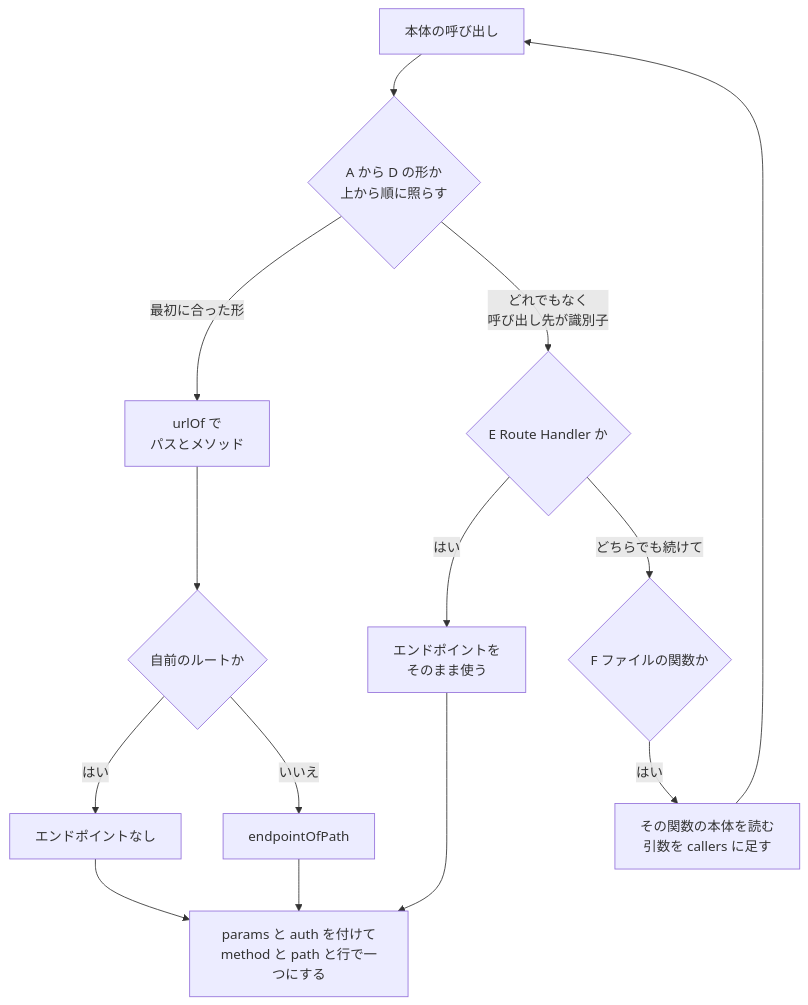
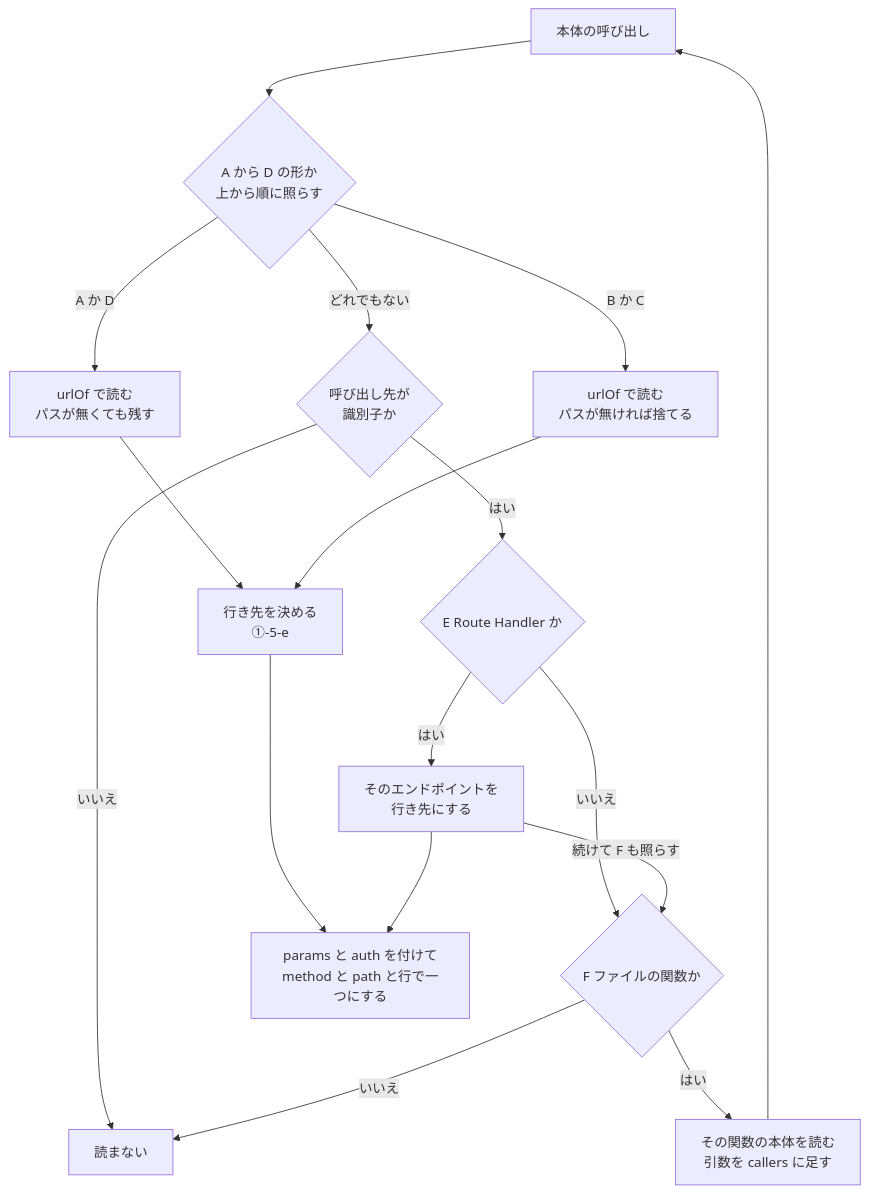
One commit to maronnjapan/maronn-openid-connect changed diagram 13 of 29 in apps/tests/docs/01-read.md. Above: the diagram before and after it, drawn with Mermaid. The commit also changed other lines of this file and 11 other files, not shown here.

````diff
--- a/apps/tests/docs/01-read.md
+++ b/apps/tests/docs/01-read.md
@@ -1049,16 +1225,19 @@
 ```mermaid
 flowchart TB
   C["本体の呼び出し"] --> K{"A から D の形か<br/>上から順に照らす"}
-  K -->|"最初に合った形"| U["urlOf で<br/>パスとメソッド"]
-  K -->|"どれでもなく<br/>呼び出し先が識別子"| E{"E Route Handler か"}
-  E -->|"はい"| RH["エンドポイントを<br/>そのまま使う"]
-  E -->|"どちらでも続けて"| F{"F ファイルの関数か"}
+  K -->|"A か D"| S["urlOf で読む<br/>パスが無くても残す"]
+  K -->|"B か C"| U["urlOf で読む<br/>パスが無ければ捨てる"]
+  K -->|"どれでもない"| ID{"呼び出し先が<br/>識別子か"}
+  ID -->|"いいえ"| X["読まない"]
+  ID -->|"はい"| E{"E Route Handler か"}
+  E -->|"はい"| RH["そのエンドポイントを<br/>行き先にする"]
+  E -->|"いいえ"| F{"F ファイルの関数か"}
+  RH -->|"続けて F も照らす"| F
   F -->|"はい"| FR["その関数の本体を読む<br/>引数を callers に足す"]
+  F -->|"いいえ"| X
   FR --> C
-  U --> O{"自前のルートか"}
-  O -->|"はい"| N["エンドポイントなし"]
-  O -->|"いいえ"| EP["endpointOfPath"]
-  N --> P["params と auth を付けて<br/>method と path と行で一つにする"]
-  EP --> P
+  S --> W["行き先を決める<br/>①-5-e"]
+  U --> W
+  W --> P["params と auth を付けて<br/>method と path と行で一つにする"]
   RH --> P
 ```
````
